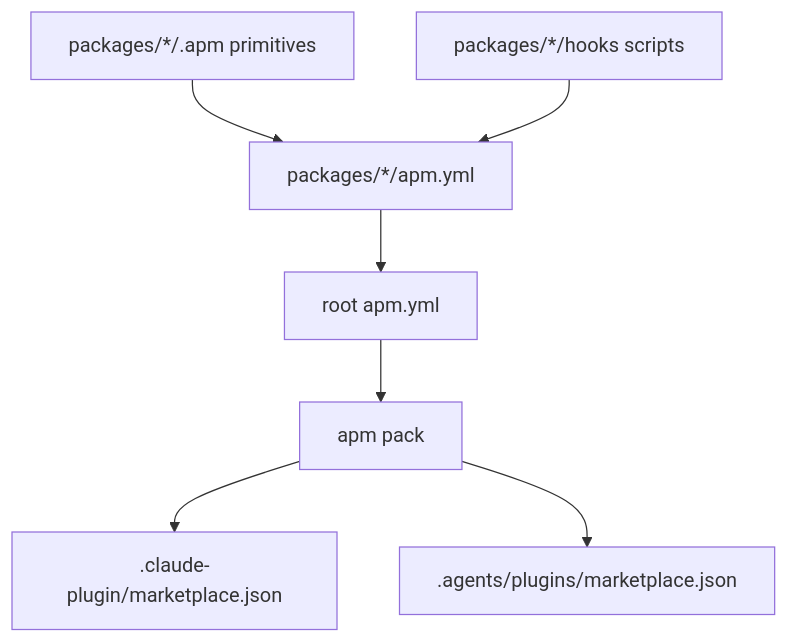
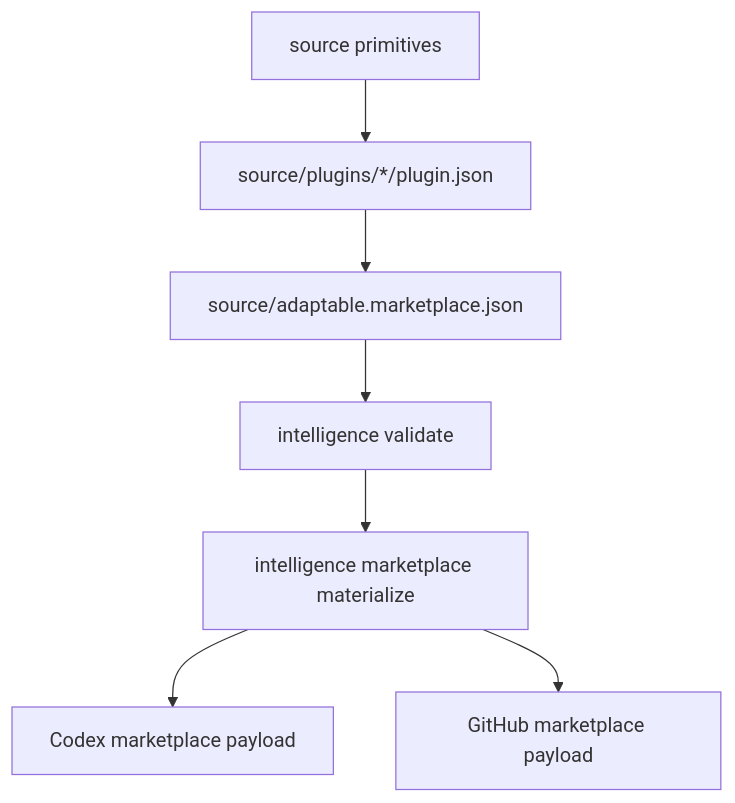
One commit to amichne/intelligence changed the diagram in docs/how-it-works/package-graph.md. Above: the diagram before and after it, drawn with Mermaid. The commit also changed other lines of this file and 210 other files, not shown here.

````diff
--- a/docs/how-it-works/package-graph.md
+++ b/docs/how-it-works/package-graph.md
@@ -6,17 +6,17 @@
 ```mermaid
 flowchart TD
-  Root[root apm.yml]
-  Package[packages/*/apm.yml]
-  Primitive[packages/*/.apm primitives]
-  HookScripts[packages/*/hooks scripts]
-  Pack[apm pack]
-  Claude[.claude-plugin/marketplace.json]
-  Codex[.agents/plugins/marketplace.json]
+  Primitive[source primitives]
+  Plugin[source/plugins/*/plugin.json]
+  Catalog[source/adaptable.marketplace.json]
+  Validate[intelligence validate]
+  Materialize[intelligence marketplace materialize]
+  Codex[Codex marketplace payload]
+  Github[GitHub marketplace payload]
 
-  Primitive --> Package
-  HookScripts --> Package
-  Package --> Root
-  Root --> Pack
-  Pack --> Claude
-  Pack --> Codex
+  Primitive --> Plugin
+  Plugin --> Catalog
+  Catalog --> Validate
+  Validate --> Materialize
+  Materialize --> Codex
+  Materialize --> Github
 ```
````
